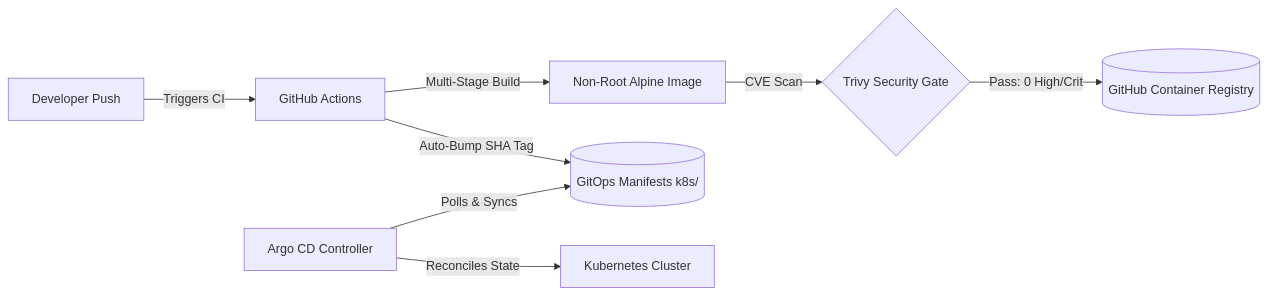
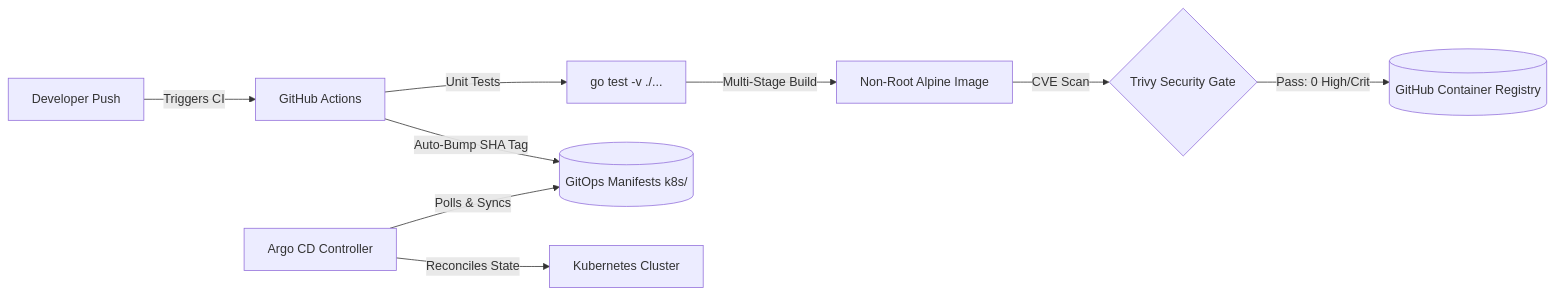
One commit to Veeresh-Shetter/gitops-app changed the diagram in README.md. Above: the diagram before and after it, drawn with Mermaid. The commit also changed other lines of this file, not shown here.

````diff
--- a/README.md
+++ b/README.md
@@ -7,10 +9,11 @@
 ```mermaid
 flowchart LR
     Dev[Developer Push] -->|Triggers CI| GHA[GitHub Actions]
-    GHA -->|Multi-Stage Build| Docker[Non-Root Alpine Image]
+    GHA -->|Unit Tests| Test[go test -v ./...]
+    Test -->|Multi-Stage Build| Docker[Non-Root Alpine Image]
     Docker -->|CVE Scan| Trivy{Trivy Security Gate}
     Trivy -->|Pass: 0 High/Crit| GHCR[(GitHub Container Registry)]
     GHA -->|Auto-Bump SHA Tag| GitRepo[(GitOps Manifests k8s/)]
     ArgoCD[Argo CD Controller] -->|Polls & Syncs| GitRepo
     ArgoCD -->|Reconciles State| K8s[Kubernetes Cluster]
 ```
````
